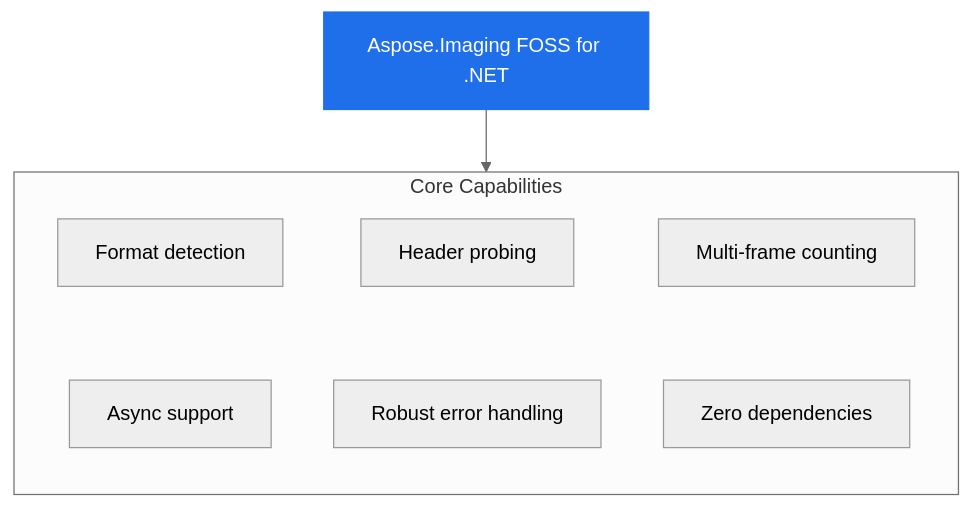
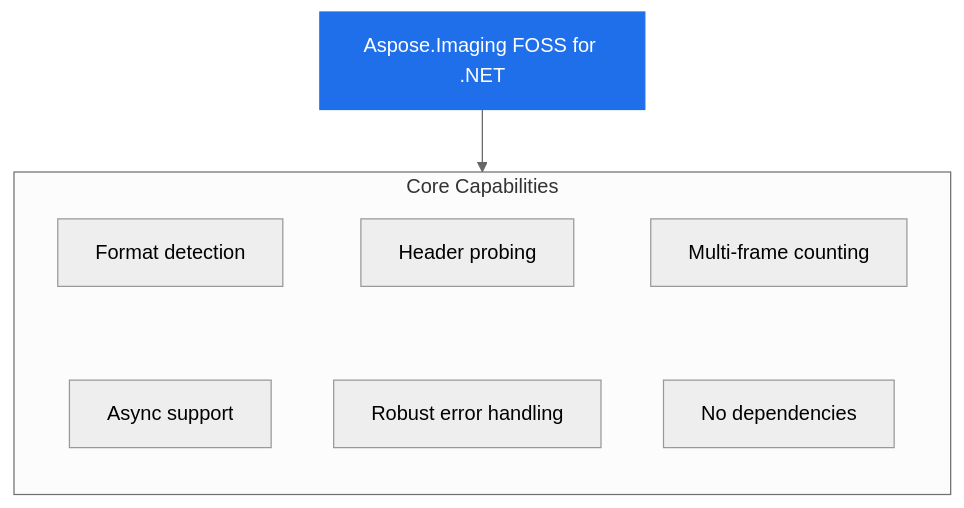
Before and after one commit to babar-raza/repo-presenter: the diagram in d947d11cc6b282443231c2025ee43bf974a335dd/README.md, drawn with Mermaid (neutral theme). The commit also changed other lines of this file and 12 other files, not shown here.

````diff
--- a/d947d11cc6b282443231c2025ee43bf974a335dd/README.md
+++ b/d947d11cc6b282443231c2025ee43bf974a335dd/README.md
@@ -30,19 +30,19 @@
 ```mermaid
 flowchart TB
   PRODUCT["Aspose.Imaging FOSS for .NET"]
   subgraph Capabilities["Core Capabilities"]
     direction TB
     c1["Format detection"]
     c2["Header probing"]
     c3["Multi-frame counting"]
     c4["Async support"]
     c5["Robust error handling"]
-    c6["Zero dependencies"]
+    c6["No dependencies"]
     c1 ~~~ c4
     c2 ~~~ c5
     c3 ~~~ c6
   end
   PRODUCT --> Capabilities
   classDef product fill:#1f6feb,stroke:#1f6feb,color:#ffffff
   class PRODUCT product
 ```
````
